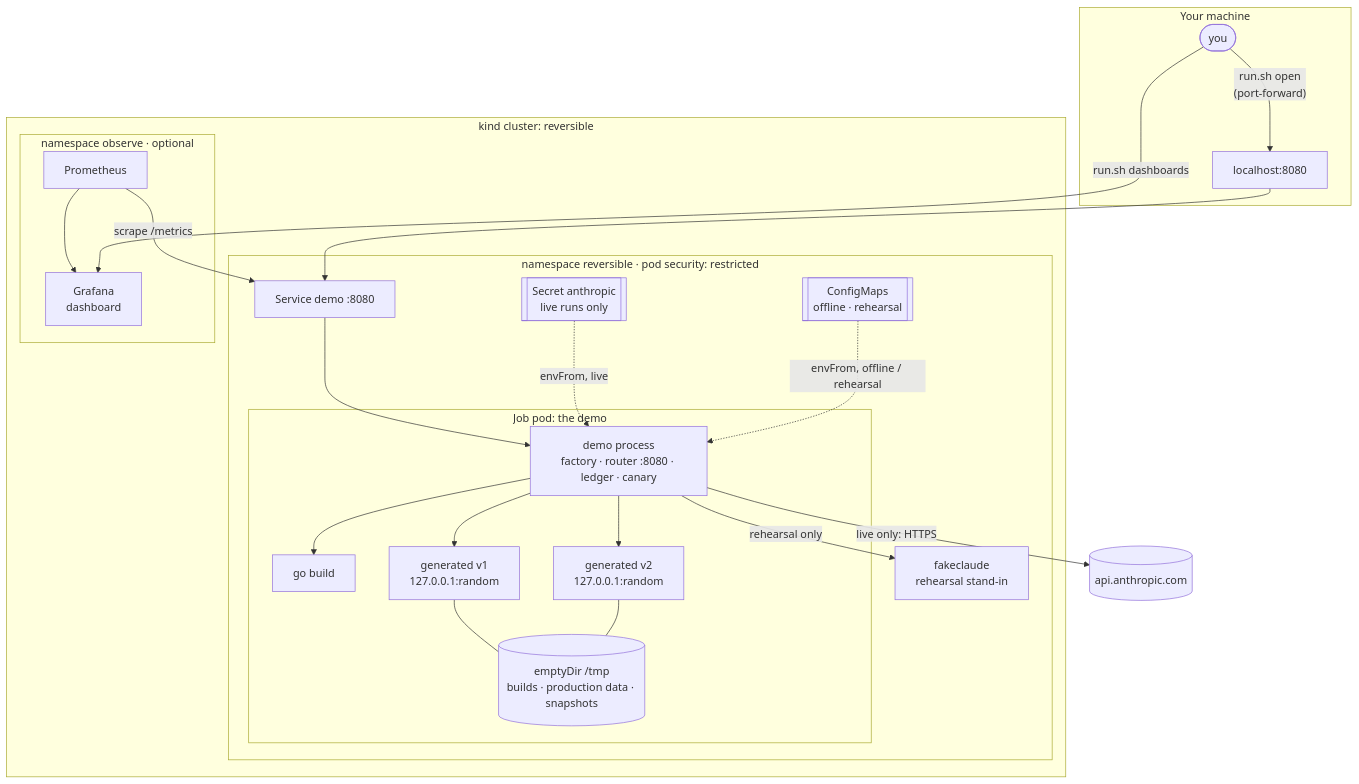
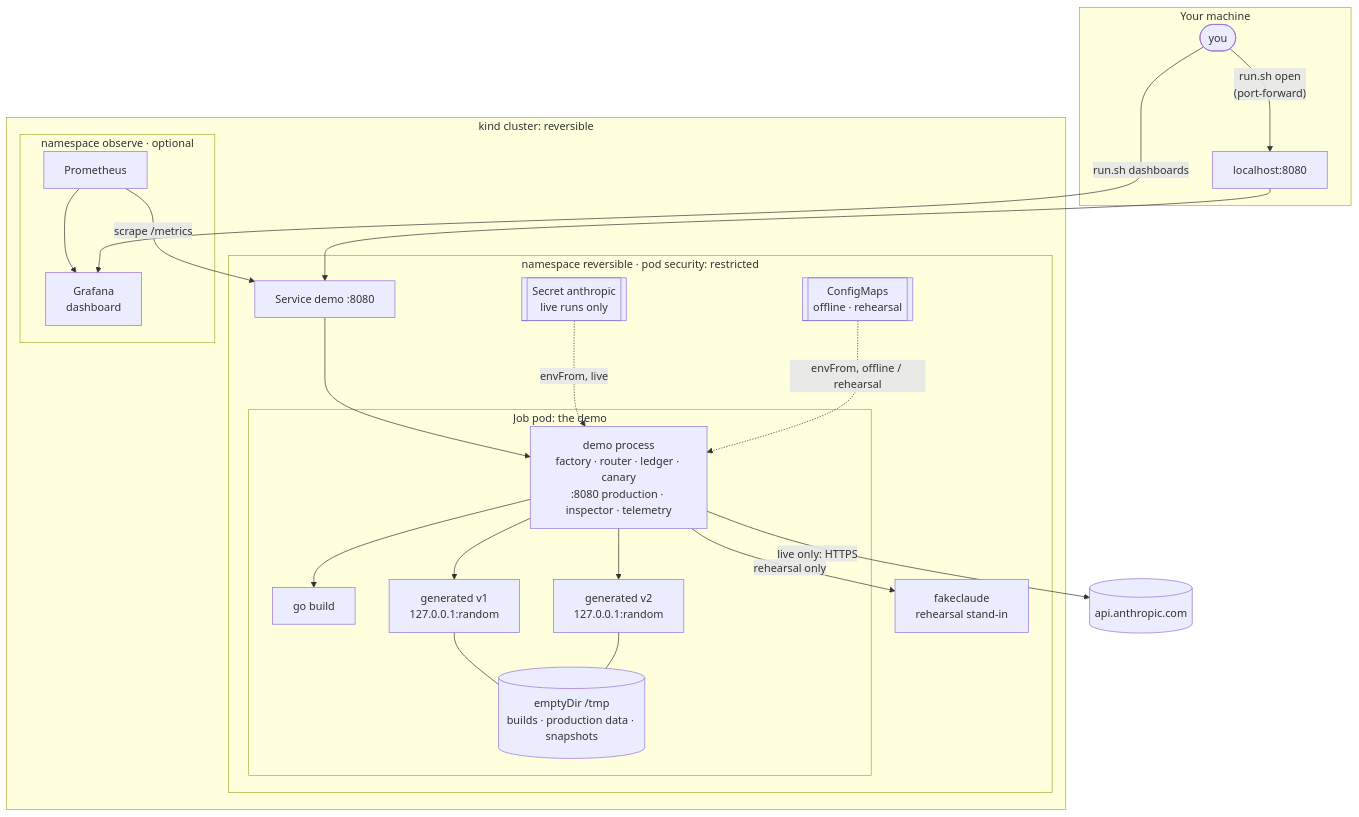
The third of 3 diagrams in docs/ARCHITECTURE.md (PureMunky/reversible), drawn with Mermaid before and after one commit. The commit also changed other lines of this file, not shown here.

Commit message:
ARCHITECTURE.md: fix the sequence diagram; show telemetry in the topology
A semicolon in a message line ended the Mermaid statement early, so the
diagram didn't render. All three diagrams now render with mmdc.

Toward the root idea: history is decisions, not diffs; the docs that
explain that have to render.

Claude-Session: https://claude.ai/code/session_01DKMxyfxAmrsrQDHBB44YZ6

````diff
--- a/docs/ARCHITECTURE.md
+++ b/docs/ARCHITECTURE.md
@@ -97,38 +97,38 @@
 ```mermaid
 flowchart TB
     subgraph laptop[Your machine]
         U([you]) -- "run.sh open<br/>(port-forward)" --> PF[localhost:8080]
     end
     subgraph kind[kind cluster: reversible]
         subgraph ns[namespace reversible · pod security: restricted]
             S[[Secret anthropic<br/>live runs only]]
             CM[[ConfigMaps<br/>offline · rehearsal]]
             subgraph job[Job pod: the demo]
-                D[demo process<br/>factory · router :8080 · ledger · canary]
+                D[demo process<br/>factory · router · ledger · canary<br/>:8080 production · inspector · telemetry]
                 GB[go build]
                 G1[generated v1<br/>127.0.0.1:random]
                 G2[generated v2<br/>127.0.0.1:random]
                 D --> GB
                 D --> G1
                 D --> G2
                 DATA[(emptyDir /tmp<br/>builds · production data · snapshots)]
                 G1 --- DATA
                 G2 --- DATA
             end
             FC[fakeclaude<br/>rehearsal stand-in]
             SVC[Service demo :8080]
         end
         subgraph obs[namespace observe · optional]
             PR[Prometheus]
             GF[Grafana<br/>dashboard]
             PR --> GF
         end
     end
     PF --> SVC --> D
     U -- "run.sh dashboards" --> GF
     PR -- "scrape /metrics" --> SVC
     S -. envFrom, live .-> D
     CM -. envFrom, offline / rehearsal .-> D
     D -- rehearsal only --> FC
     D -- live only: HTTPS --> API[(api.anthropic.com)]
 ```
````
